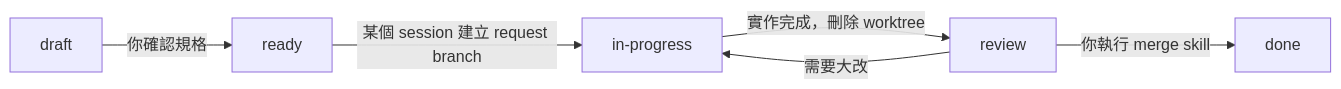
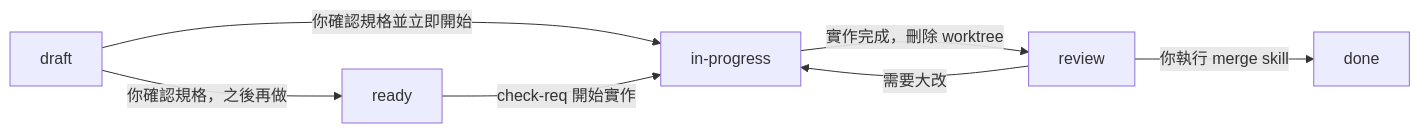
The diagram in README-zh-TW.md (initialapex/ss-workflow), drawn with Mermaid before and after one commit. The commit also changed other lines of this file and 18 other files, not shown here.

````diff
--- a/README-zh-TW.md
+++ b/README-zh-TW.md
@@ -108,8 +108,9 @@
 ```mermaid
 flowchart LR
-    draft -->|你確認規格| ready
-    ready -->|某個 session 建立 request branch| in-progress
+    draft -->|你確認規格並立即開始| in-progress
+    draft -->|你確認規格，之後再做| ready
+    ready -->|check-req 開始實作| in-progress
     in-progress -->|實作完成，刪除 worktree| review
     review -->|需要大改| in-progress
     review -->|你執行 merge skill| done
 ```
````
